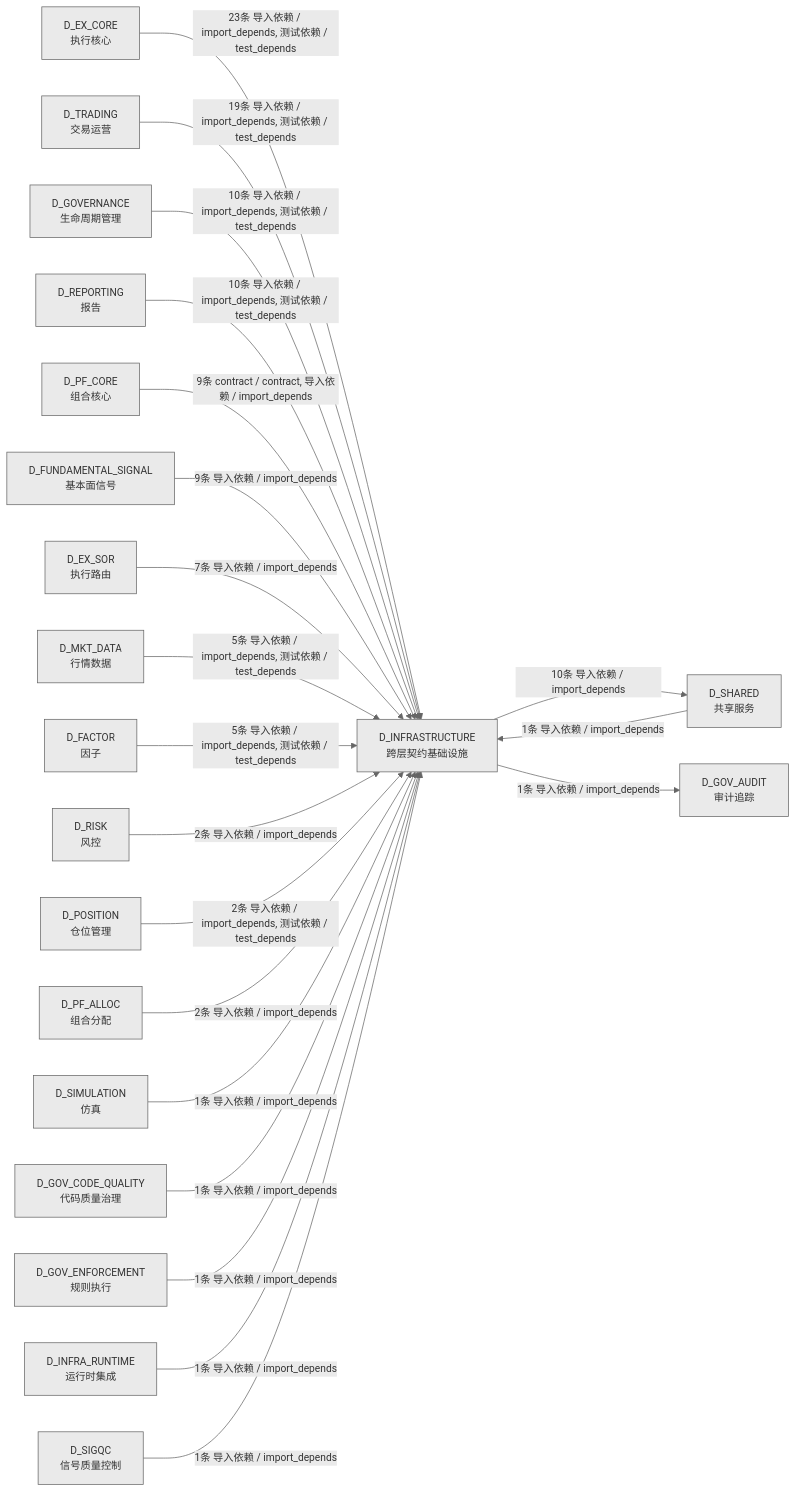
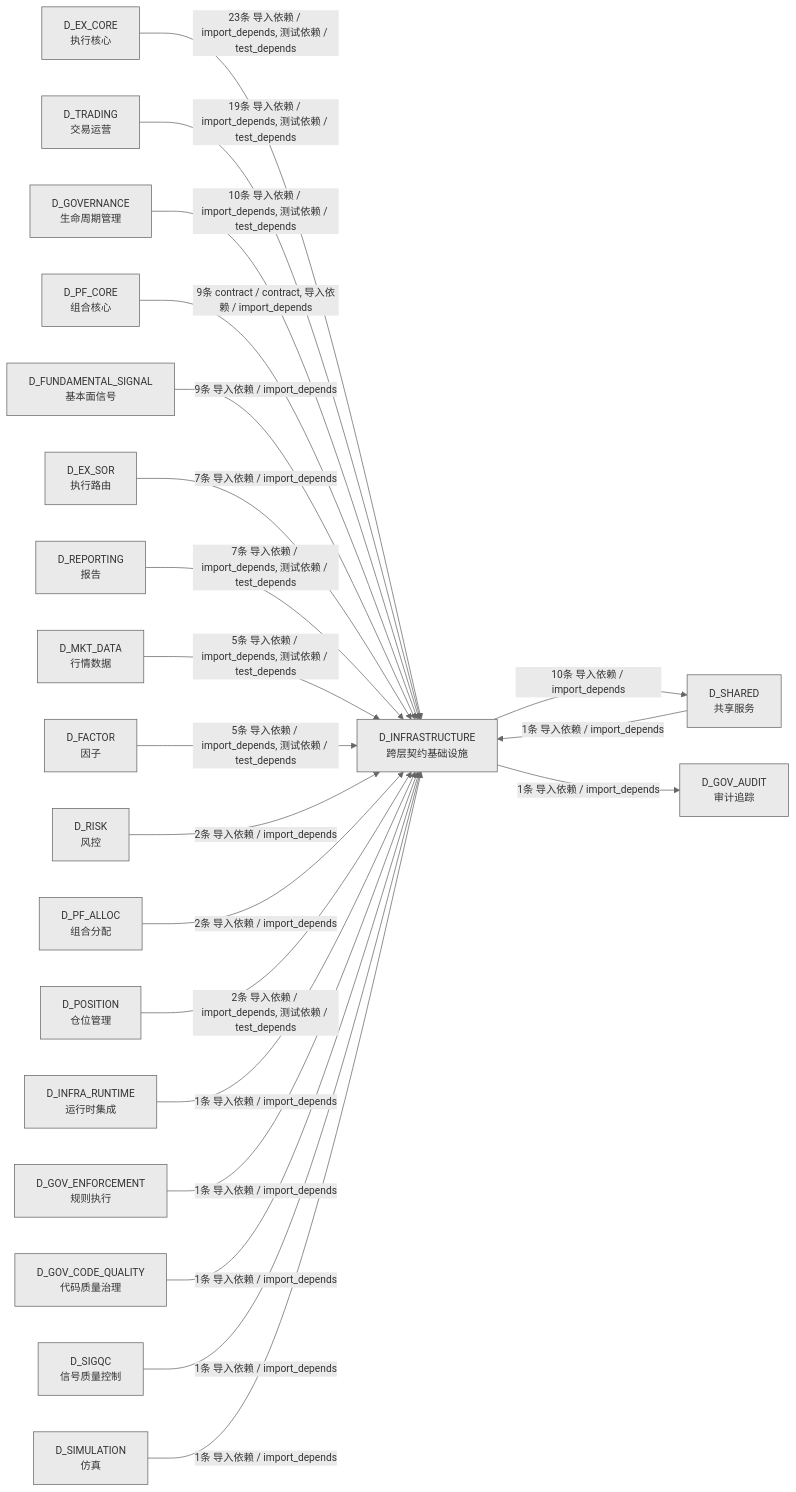
One commit to xuanFelixVan/ZephyrAlpha changed the third of 3 diagrams in docs/02_enterprise_architecture/02_domain_architecture_docs/02_d_infrastructure.md. Above: the diagram before and after it, drawn with Mermaid. The commit also changed other lines of this file and 45 other files, not shown here.

````diff
--- a/docs/02_enterprise_architecture/02_domain_architecture_docs/02_d_infrastructure.md
+++ b/docs/02_enterprise_architecture/02_domain_architecture_docs/02_d_infrastructure.md
@@ -359,44 +355,44 @@
 ```mermaid
 %%{init: {'theme': 'base', 'themeVariables': {'primaryColor': '#eaeaea', 'primaryTextColor': '#333333', 'primaryBorderColor': '#666666', 'lineColor': '#666666', 'secondaryColor': '#eaeaea', 'tertiaryColor': '#eaeaea', 'fontSize': '14px'}}}%%
 graph LR
     D_INFRASTRUCTURE["D_INFRASTRUCTURE<br/>跨层契约基础设施"]
     D_SHARED["D_SHARED<br/>共享服务"]
     D_GOV_AUDIT["D_GOV_AUDIT<br/>审计追踪"]
     D_EX_CORE["D_EX_CORE<br/>执行核心"]
     D_TRADING["D_TRADING<br/>交易运营"]
     D_GOVERNANCE["D_GOVERNANCE<br/>生命周期管理"]
-    D_REPORTING["D_REPORTING<br/>报告"]
     D_PF_CORE["D_PF_CORE<br/>组合核心"]
     D_FUNDAMENTAL_SIGNAL["D_FUNDAMENTAL_SIGNAL<br/>基本面信号"]
     D_EX_SOR["D_EX_SOR<br/>执行路由"]
+    D_REPORTING["D_REPORTING<br/>报告"]
     D_MKT_DATA["D_MKT_DATA<br/>行情数据"]
     D_FACTOR["D_FACTOR<br/>因子"]
     D_RISK["D_RISK<br/>风控"]
+    D_PF_ALLOC["D_PF_ALLOC<br/>组合分配"]
     D_POSITION["D_POSITION<br/>仓位管理"]
-    D_PF_ALLOC["D_PF_ALLOC<br/>组合分配"]
+    D_INFRA_RUNTIME["D_INFRA_RUNTIME<br/>运行时集成"]
+    D_GOV_ENFORCEMENT["D_GOV_ENFORCEMENT<br/>规则执行"]
+    D_GOV_CODE_QUALITY["D_GOV_CODE_QUALITY<br/>代码质量治理"]
+    D_SIGQC["D_SIGQC<br/>信号质量控制"]
     D_SIMULATION["D_SIMULATION<br/>仿真"]
-    D_GOV_CODE_QUALITY["D_GOV_CODE_QUALITY<br/>代码质量治理"]
-    D_GOV_ENFORCEMENT["D_GOV_ENFORCEMENT<br/>规则执行"]
-    D_INFRA_RUNTIME["D_INFRA_RUNTIME<br/>运行时集成"]
-    D_SIGQC["D_SIGQC<br/>信号质量控制"]
     D_INFRASTRUCTURE -->|10条 导入依赖 / import_depends| D_SHARED
     D_INFRASTRUCTURE -->|1条 导入依赖 / import_depends| D_GOV_AUDIT
     D_EX_CORE -->|23条 导入依赖 / import_depends, 测试依赖 / test_depends| D_INFRASTRUCTURE
     D_TRADING -->|19条 导入依赖 / import_depends, 测试依赖 / test_depends| D_INFRASTRUCTURE
     D_GOVERNANCE -->|10条 导入依赖 / import_depends, 测试依赖 / test_depends| D_INFRASTRUCTURE
-    D_REPORTING -->|10条 导入依赖 / import_depends, 测试依赖 / test_depends| D_INFRASTRUCTURE
     D_PF_CORE -->|9条 contract / contract, 导入依赖 / import_depends| D_INFRASTRUCTURE
     D_FUNDAMENTAL_SIGNAL -->|9条 导入依赖 / import_depends| D_INFRASTRUCTURE
     D_EX_SOR -->|7条 导入依赖 / import_depends| D_INFRASTRUCTURE
+    D_REPORTING -->|7条 导入依赖 / import_depends, 测试依赖 / test_depends| D_INFRASTRUCTURE
     D_MKT_DATA -->|5条 导入依赖 / import_depends, 测试依赖 / test_depends| D_INFRASTRUCTURE
     D_FACTOR -->|5条 导入依赖 / import_depends, 测试依赖 / test_depends| D_INFRASTRUCTURE
     D_RISK -->|2条 导入依赖 / import_depends| D_INFRASTRUCTURE
+    D_PF_ALLOC -->|2条 导入依赖 / import_depends| D_INFRASTRUCTURE
     D_POSITION -->|2条 导入依赖 / import_depends, 测试依赖 / test_depends| D_INFRASTRUCTURE
-    D_PF_ALLOC -->|2条 导入依赖 / import_depends| D_INFRASTRUCTURE
-    D_SIMULATION -->|1条 导入依赖 / import_depends| D_INFRASTRUCTURE
+    D_INFRA_RUNTIME -->|1条 导入依赖 / import_depends| D_INFRASTRUCTURE
+    D_GOV_ENFORCEMENT -->|1条 导入依赖 / import_depends| D_INFRASTRUCTURE
     D_GOV_CODE_QUALITY -->|1条 导入依赖 / import_depends| D_INFRASTRUCTURE
-    D_GOV_ENFORCEMENT -->|1条 导入依赖 / import_depends| D_INFRASTRUCTURE
-    D_INFRA_RUNTIME -->|1条 导入依赖 / import_depends| D_INFRASTRUCTURE
     D_SHARED -->|1条 导入依赖 / import_depends| D_INFRASTRUCTURE
     D_SIGQC -->|1条 导入依赖 / import_depends| D_INFRASTRUCTURE
+    D_SIMULATION -->|1条 导入依赖 / import_depends| D_INFRASTRUCTURE
 ```
````
